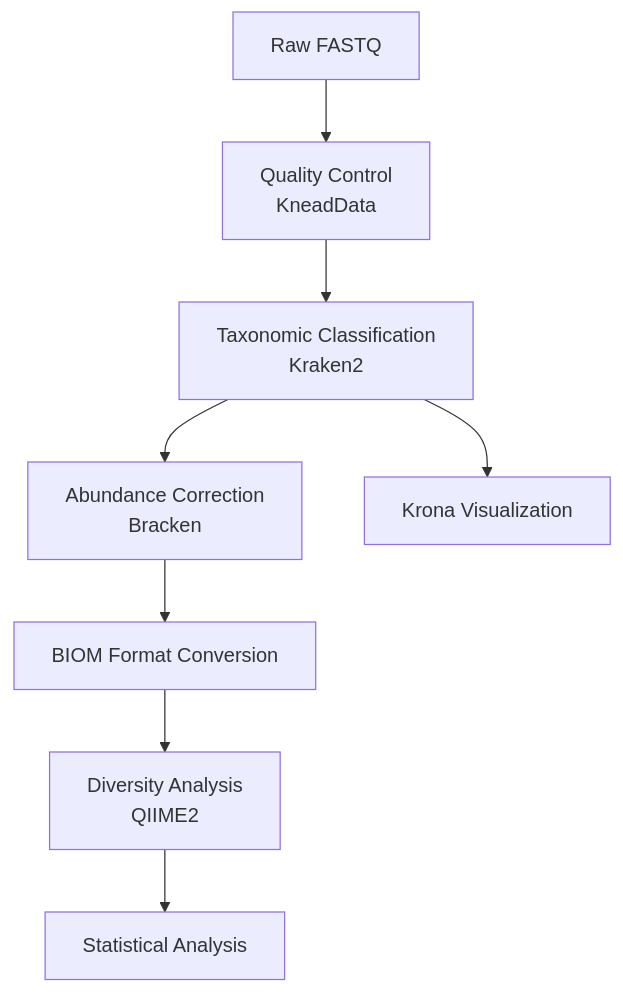
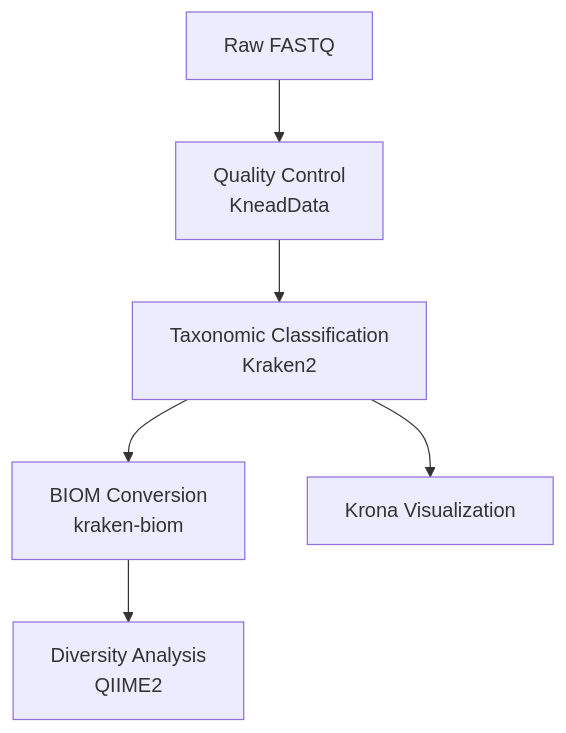
One commit to LessUp/micos-2024 changed the diagram in docs/en/analysis/taxonomic-profiling.md. Above: the diagram before and after it, drawn with Mermaid. The commit also changed other lines of this file and 32 other files, not shown here.

````diff
--- a/docs/en/analysis/taxonomic-profiling.md
+++ b/docs/en/analysis/taxonomic-profiling.md
@@ -67,10 +59,8 @@
 ```mermaid
 graph TD
     A[Raw FASTQ] --> B[Quality Control<br/>KneadData]
     B --> C[Taxonomic Classification<br/>Kraken2]
-    C --> D[Abundance Correction<br/>Bracken]
+    C --> D[BIOM Conversion<br/>kraken-biom]
     C --> E[Krona Visualization]
-    D --> F[BIOM Format Conversion]
-    F --> G[Diversity Analysis<br/>QIIME2]
-    G --> H[Statistical Analysis]
+    D --> F[Diversity Analysis<br/>QIIME2]
 ```
````
